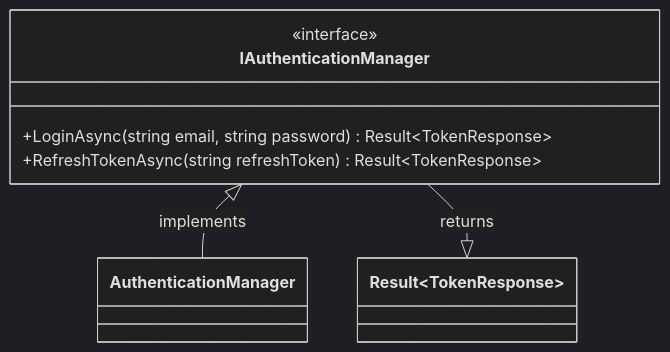
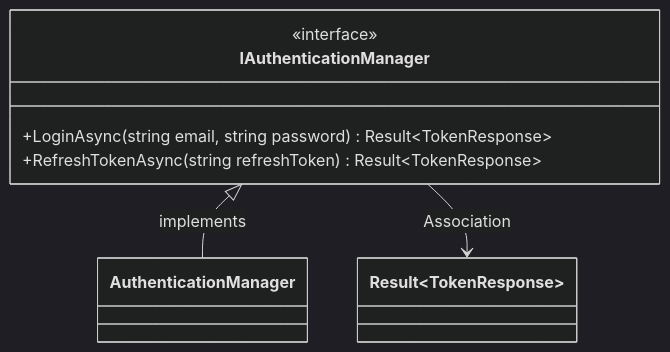
One commit to snicoper/agenda-manager-docs changed the second of 7 diagrams in backend/source/Domain/Identity.md. Above: the diagram before and after it, drawn with Mermaid (dark theme). The commit also changed other lines of this file and 1 other file, not shown here.

Commit message:
Revisadas relaciones diagrama

````diff
--- a/backend/source/Domain/Identity.md
+++ b/backend/source/Domain/Identity.md
@@ -78,14 +78,14 @@
 ```mermaid
 classDiagram
     class IAuthenticationManager {
         <<interface>>
         +LoginAsync(string email, string password) Result~TokenResponse~
         +RefreshTokenAsync(string refreshToken) Result~TokenResponse~
     }
 
     class AuthenticationManager {
     }
 
     IAuthenticationManager <|-- AuthenticationManager : implements
-    IAuthenticationManager --|> Result~TokenResponse~ : returns
+    IAuthenticationManager --> Result~TokenResponse~ : Association
 ```
````
